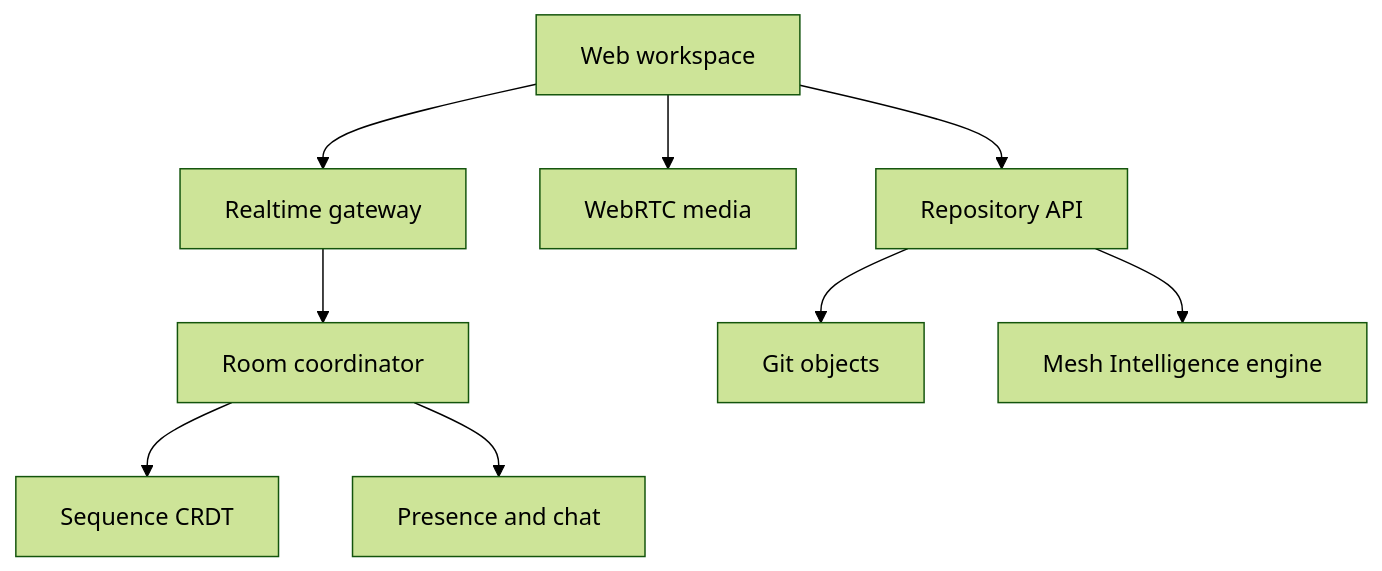
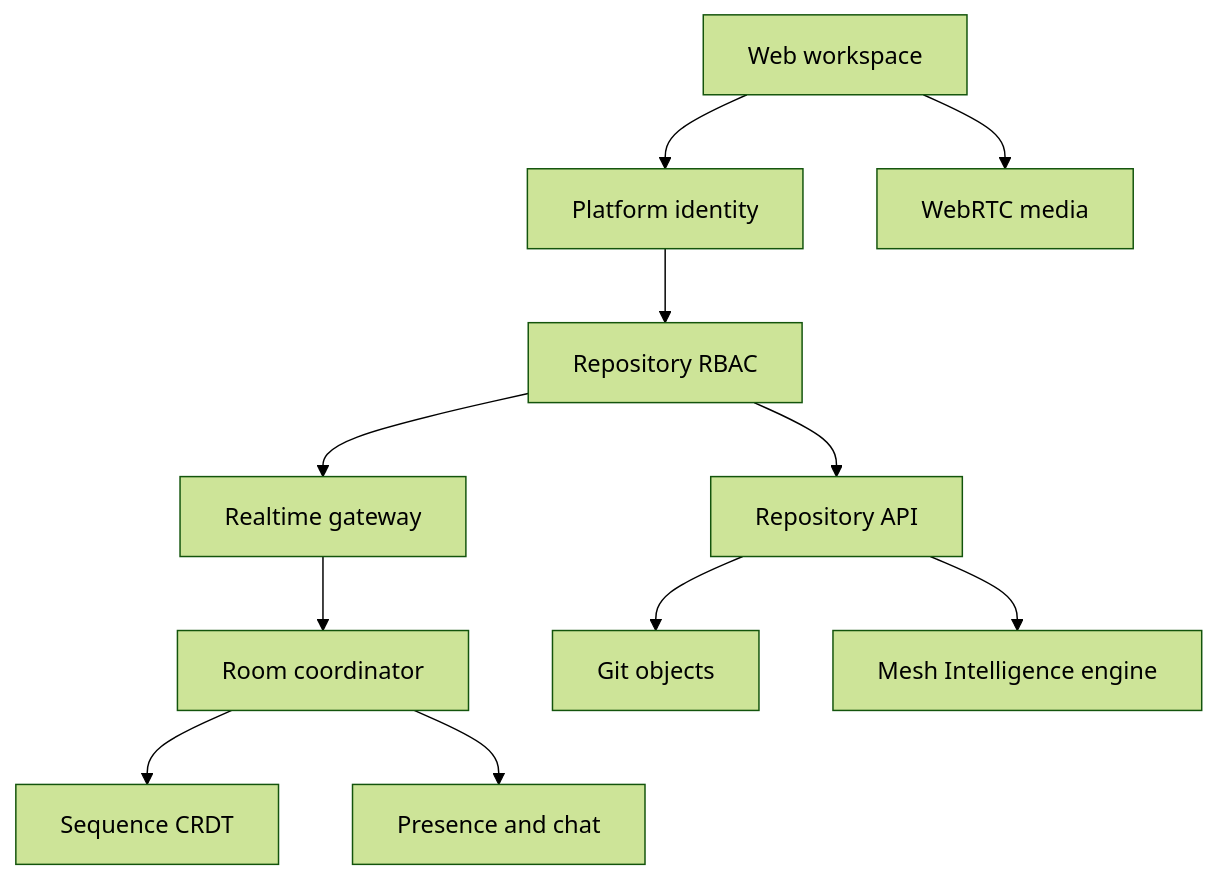
The diagram in README.md (achalsood/meshforge), drawn with Mermaid (forest theme) before and after one commit. The commit also changed other lines of this file and 15 other files, not shown here.

````diff
--- a/README.md
+++ b/README.md
@@ -35,11 +39,13 @@
 ```mermaid
 flowchart TD
-  UI[Web workspace] --> GW[Realtime gateway]
+  UI[Web workspace] --> AUTH[Platform identity]
+  AUTH --> RBAC[Repository RBAC]
+  RBAC --> GW[Realtime gateway]
   GW --> DO[Room coordinator]
   DO --> CRDT[Sequence CRDT]
   DO --> BUS[Presence and chat]
   UI --> RTC[WebRTC media]
-  UI --> API[Repository API]
+  RBAC --> API[Repository API]
   API --> OBJ[Git objects]
   API --> AI[Mesh Intelligence engine]
 ```
````
